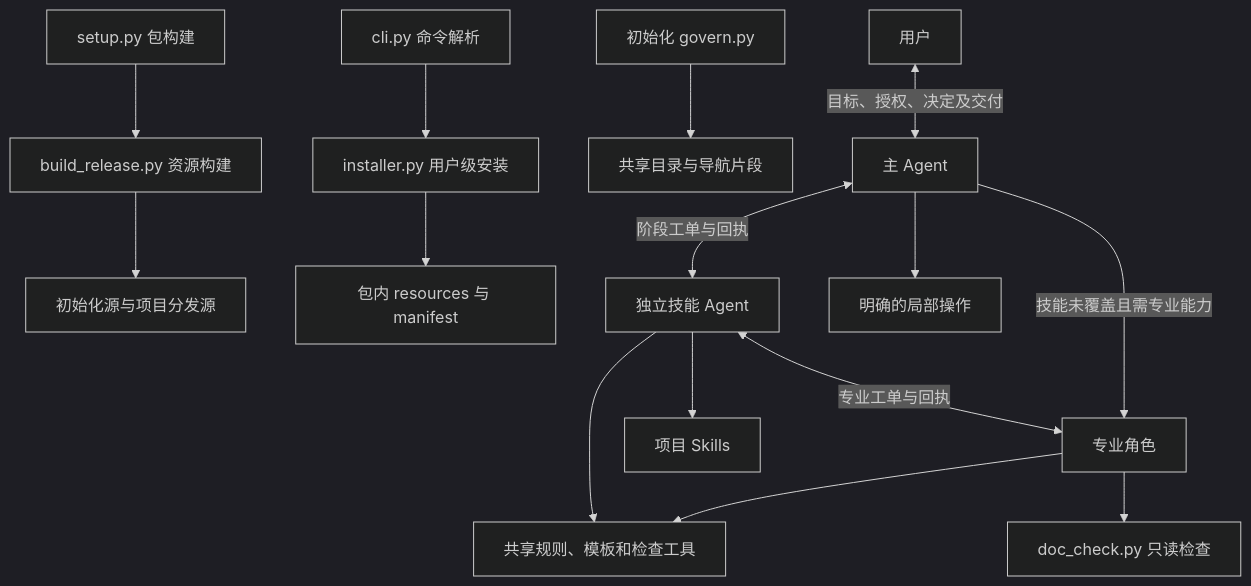
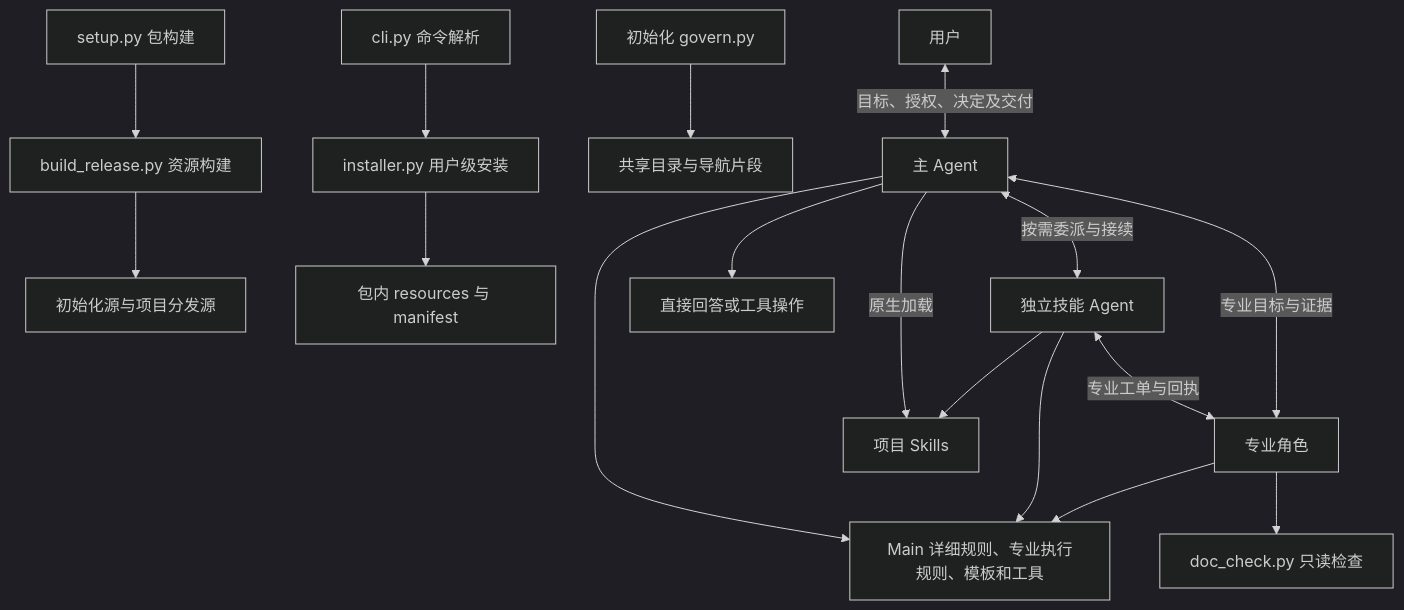
One commit to bigsmartben/sdd-init changed the third of 3 diagrams in docs/blueprint.md. Above: the diagram before and after it, drawn with Mermaid (dark theme). The commit also changed other lines of this file and 36 other files, not shown here.

````diff
--- a/docs/blueprint.md
+++ b/docs/blueprint.md
@@ -132,17 +134,19 @@
 ```mermaid
 flowchart TD
   Package[setup.py 包构建] --> Build[build_release.py 资源构建]
   Build --> Sources[初始化源与项目分发源]
   CLI[cli.py 命令解析] --> Installer[installer.py 用户级安装]
   Installer --> Resources[包内 resources 与 manifest]
   Govern[初始化 govern.py] --> Bundle[共享目录与导航片段]
   User[用户] <-->|目标、授权、决定及交付| Main[主 Agent]
-  Main <-->|阶段工单与回执| SkillAgent[独立技能 Agent]
+  Main <-->|按需委派与接续| SkillAgent[独立技能 Agent]
   SkillAgent <-->|专业工单与回执| Roles[专业角色]
-  Main -->|技能未覆盖且需专业能力| Roles
-  Main --> Local[明确的局部操作]
+  Main <-->|专业目标与证据| Roles
+  Main --> Local[直接回答或工具操作]
+  Main -->|原生加载| Skills
   SkillAgent --> Skills[项目 Skills]
-  SkillAgent --> Shared[共享规则、模板和检查工具]
+  Main --> Shared[Main 详细规则、专业执行规则、模板和工具]
+  SkillAgent --> Shared
   Roles --> Shared
   Roles --> Check[doc_check.py 只读检查]
 ```
````
